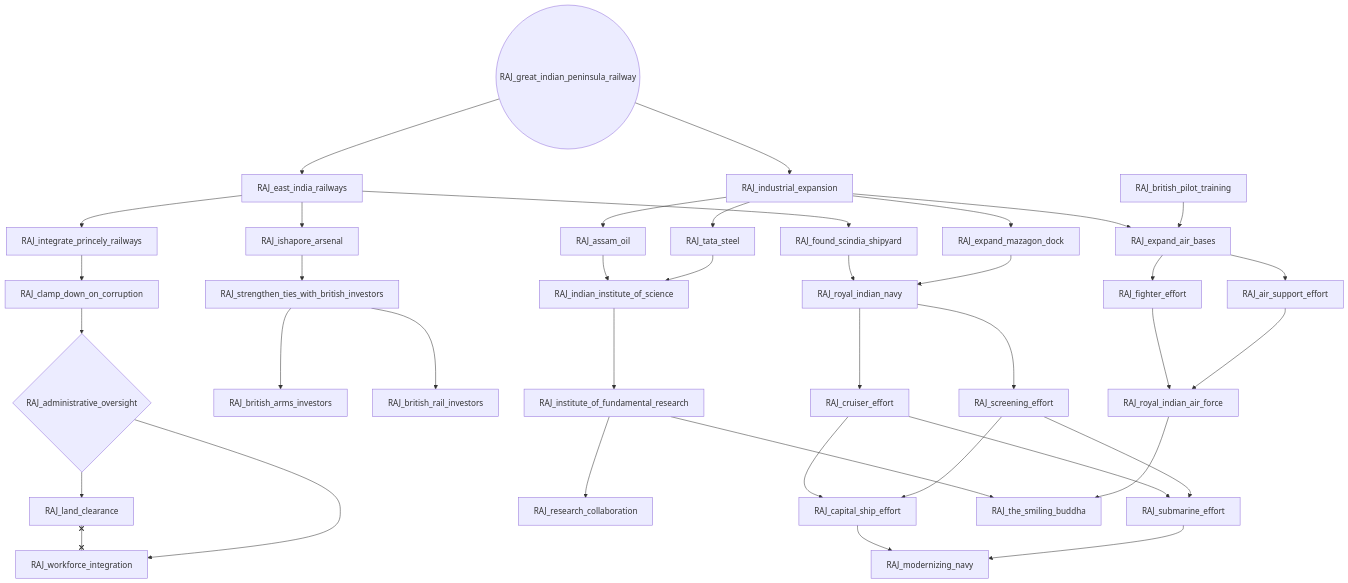
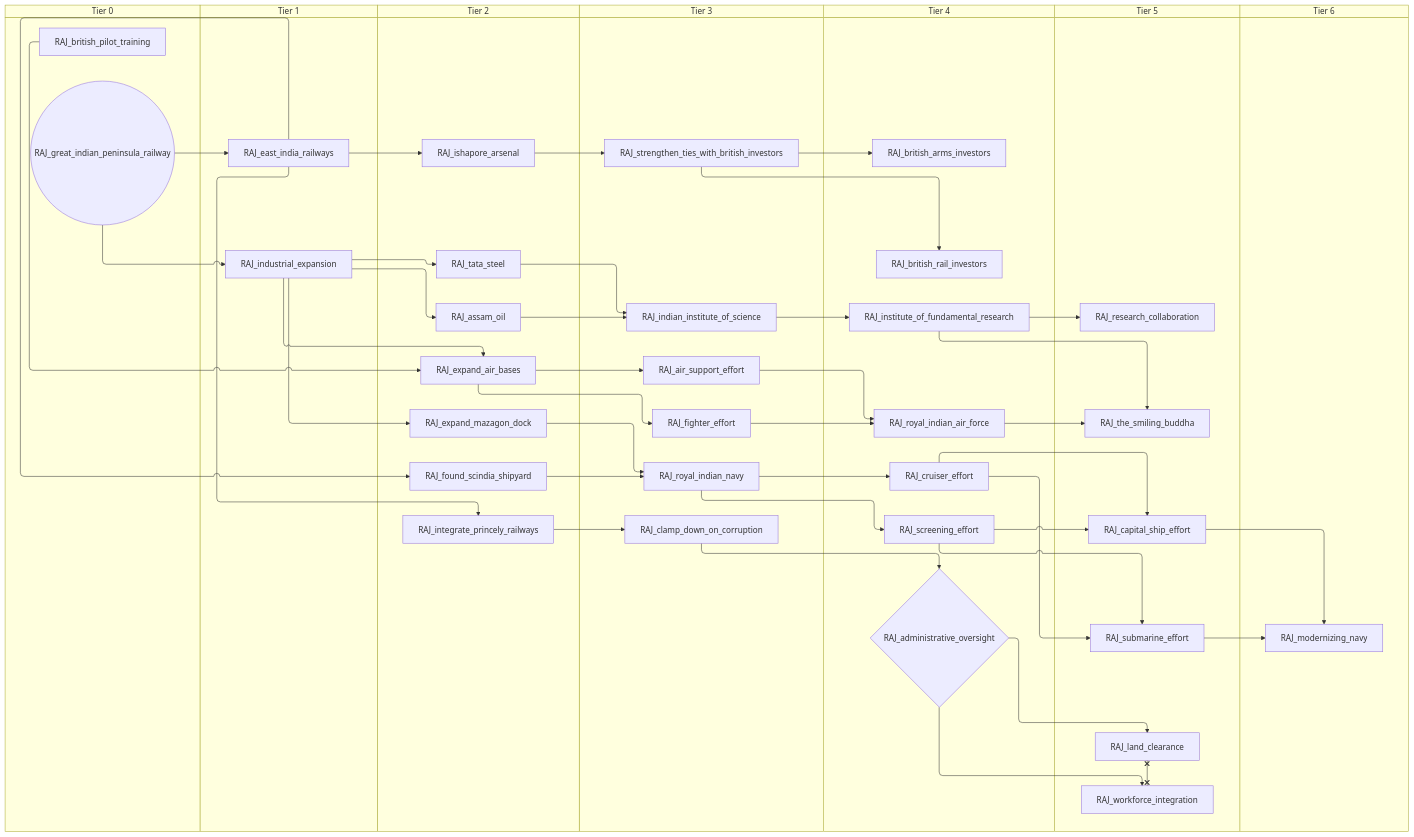
One commit to evgeny-sobol/hoi4-sandbox-mode changed the first of 3 diagrams in docs/gdd/National Focuses/india.md. Above: the diagram before and after it, drawn with Mermaid. The commit also changed other lines of this file and 80 other files, not shown here.

First line of the commit message:
Add swimlane mode to focus graph exporter

````diff
--- a/docs/gdd/National Focuses/india.md
+++ b/docs/gdd/National Focuses/india.md
@@ -3,72 +3,86 @@
 ```mermaid
-flowchart TD
-    n1{"RAJ_administrative_oversight"}
-    n2["RAJ_air_support_effort"]
-    n3["RAJ_assam_oil"]
-    n4["RAJ_british_arms_investors"]
-    n5["RAJ_british_pilot_training"]
-    n6["RAJ_british_rail_investors"]
-    n7["RAJ_capital_ship_effort"]
-    n8["RAJ_clamp_down_on_corruption"]
-    n9["RAJ_cruiser_effort"]
-    n10["RAJ_east_india_railways"]
-    n11["RAJ_expand_air_bases"]
-    n12["RAJ_expand_mazagon_dock"]
-    n13["RAJ_fighter_effort"]
-    n14["RAJ_found_scindia_shipyard"]
-    n15(("RAJ_great_indian_peninsula_railway"))
-    n16["RAJ_indian_institute_of_science"]
-    n17["RAJ_industrial_expansion"]
-    n18["RAJ_institute_of_fundamental_research"]
-    n19["RAJ_integrate_princely_railways"]
-    n20["RAJ_ishapore_arsenal"]
-    n21["RAJ_land_clearance"]
-    n22["RAJ_modernizing_navy"]
-    n23["RAJ_research_collaboration"]
-    n24["RAJ_royal_indian_air_force"]
-    n25["RAJ_royal_indian_navy"]
-    n26["RAJ_screening_effort"]
-    n27["RAJ_strengthen_ties_with_british_investors"]
-    n28["RAJ_submarine_effort"]
-    n29["RAJ_tata_steel"]
-    n30["RAJ_the_smiling_buddha"]
-    n31["RAJ_workforce_integration"]
-    n8 --> n1
-    n11 --> n2
-    n17 --> n3
-    n27 --> n4
-    n27 --> n6
-    n26 --> n7
-    n9 --> n7
-    n19 --> n8
-    n25 --> n9
-    n15 --> n10
-    n5 --> n11
-    n17 --> n11
-    n17 --> n12
-    n11 --> n13
-    n10 --> n14
-    n29 --> n16
-    n3 --> n16
-    n15 --> n17
-    n16 --> n18
-    n10 --> n19
-    n10 --> n20
-    n1 --> n21
-    n28 --> n22
-    n7 --> n22
-    n18 --> n23
-    n2 --> n24
-    n13 --> n24
-    n12 --> n25
-    n14 --> n25
-    n25 --> n26
-    n20 --> n27
-    n26 --> n28
-    n9 --> n28
-    n17 --> n29
-    n24 --> n30
+swimlane-beta TD
+    subgraph tier_0["Tier 0"]
+        n1["RAJ_british_pilot_training"]
+        n2(("RAJ_great_indian_peninsula_railway"))
+    end
+    subgraph tier_1["Tier 1"]
+        n3["RAJ_east_india_railways"]
+        n4["RAJ_industrial_expansion"]
+    end
+    subgraph tier_2["Tier 2"]
+        n5["RAJ_assam_oil"]
+        n6["RAJ_expand_air_bases"]
+        n7["RAJ_expand_mazagon_dock"]
+        n8["RAJ_found_scindia_shipyard"]
+        n9["RAJ_integrate_princely_railways"]
+        n10["RAJ_ishapore_arsenal"]
+        n11["RAJ_tata_steel"]
+    end
+    subgraph tier_3["Tier 3"]
+        n12["RAJ_air_support_effort"]
+        n13["RAJ_clamp_down_on_corruption"]
+        n14["RAJ_fighter_effort"]
+        n15["RAJ_indian_institute_of_science"]
+        n16["RAJ_royal_indian_navy"]
+        n17["RAJ_strengthen_ties_with_british_investors"]
+    end
+    subgraph tier_4["Tier 4"]
+        n18{"RAJ_administrative_oversight"}
+        n19["RAJ_british_arms_investors"]
+        n20["RAJ_british_rail_investors"]
+        n21["RAJ_cruiser_effort"]
+        n22["RAJ_institute_of_fundamental_research"]
+        n23["RAJ_royal_indian_air_force"]
+        n24["RAJ_screening_effort"]
+    end
+    subgraph tier_5["Tier 5"]
+        n25["RAJ_capital_ship_effort"]
+        n26["RAJ_land_clearance"]
+        n27["RAJ_research_collaboration"]
+        n28["RAJ_submarine_effort"]
+        n29["RAJ_the_smiling_buddha"]
+        n30["RAJ_workforce_integration"]
+    end
+    subgraph tier_6["Tier 6"]
+        n31["RAJ_modernizing_navy"]
+    end
+    n13 --> n18
+    n6 --> n12
+    n4 --> n5
+    n17 --> n19
+    n17 --> n20
+    n24 --> n25
+    n21 --> n25
+    n9 --> n13
+    n16 --> n21
+    n2 --> n3
+    n1 --> n6
+    n4 --> n6
+    n4 --> n7
+    n6 --> n14
+    n3 --> n8
+    n11 --> n15
+    n5 --> n15
+    n2 --> n4
+    n15 --> n22
+    n3 --> n9
+    n3 --> n10
+    n18 --> n26
+    n28 --> n31
+    n25 --> n31
+    n22 --> n27
+    n12 --> n23
+    n14 --> n23
+    n7 --> n16
+    n8 --> n16
+    n16 --> n24
+    n10 --> n17
+    n24 --> n28
+    n21 --> n28
+    n4 --> n11
+    n23 --> n29
+    n22 --> n29
     n18 --> n30
-    n1 --> n31
-    n21 x--x n31
+    n26 x--x n30
 ```
````
